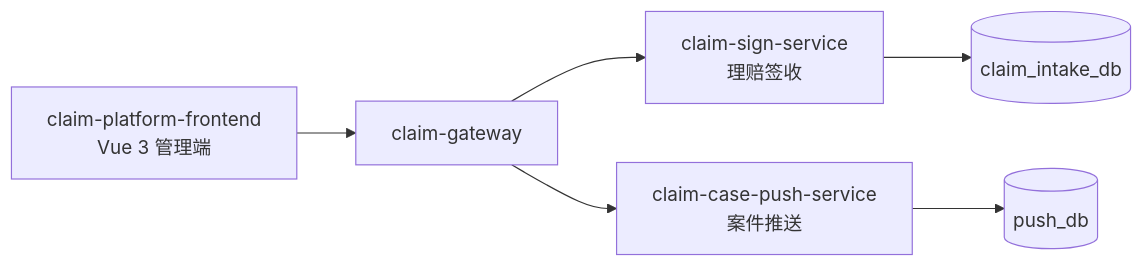
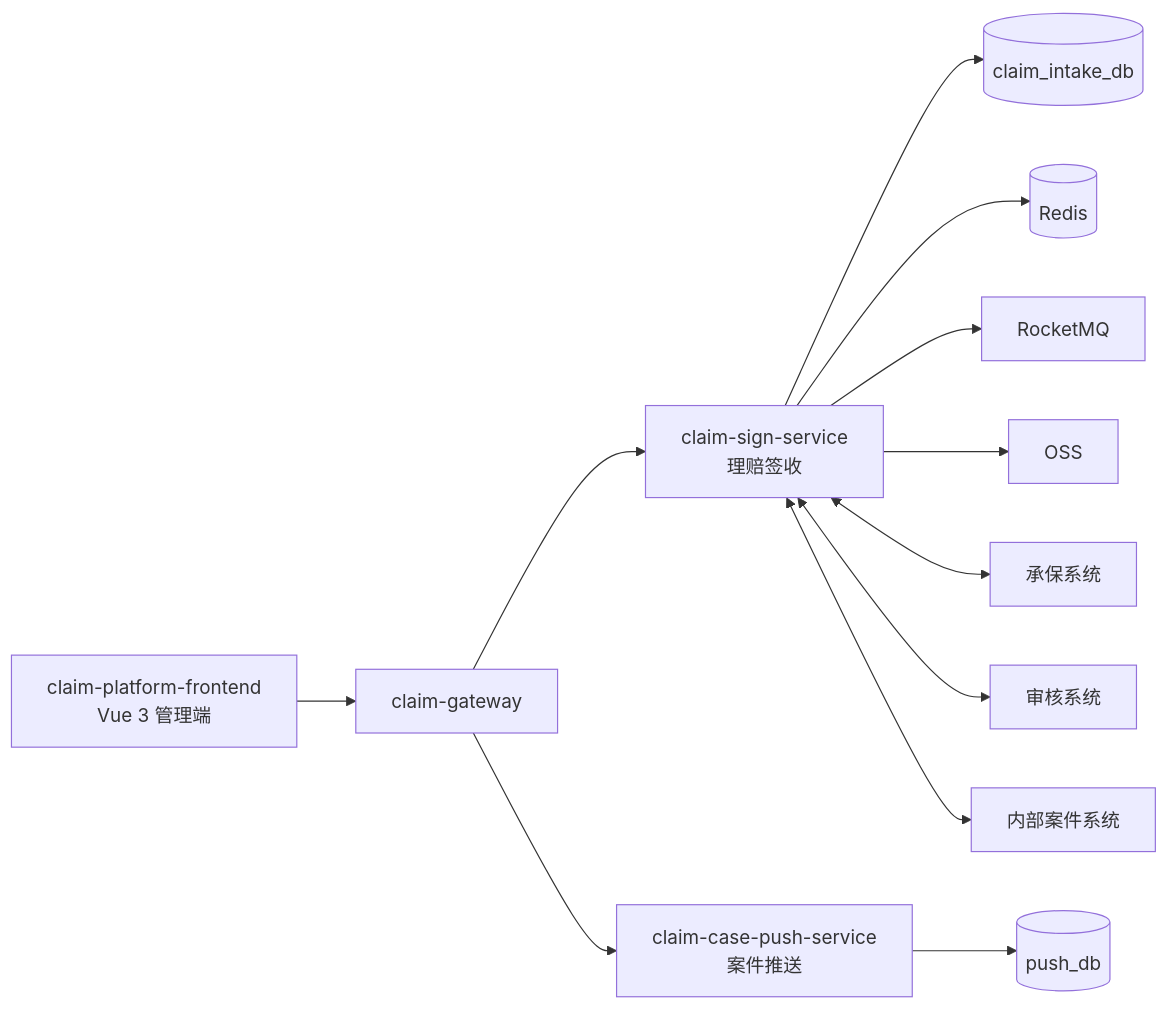
Before and after one commit to wangguangwu/claim-platform: the first of 2 diagrams in docs/specs/baseline.md, drawn with Mermaid. The commit also changed other lines of this file and 3 other files, not shown here.

````diff
--- a/docs/specs/baseline.md
+++ b/docs/specs/baseline.md
@@ -74,8 +87,14 @@
 ```mermaid
 flowchart LR
     FE[claim-platform-frontend\nVue 3 管理端] --> GW[claim-gateway]
     GW --> SIGN[claim-sign-service\n理赔签收]
     GW --> PUSH[claim-case-push-service\n案件推送]
     SIGN --> SIGNDB[(claim_intake_db)]
     PUSH --> PUSHDB[(push_db)]
+    SIGN --> REDIS[(Redis)]
+    SIGN --> MQ[RocketMQ]
+    SIGN --> OSS[OSS]
+    SIGN <--> POLICY[承保系统]
+    SIGN <--> AUDIT[审核系统]
+    SIGN <--> CASE[内部案件系统]
 ```
````
